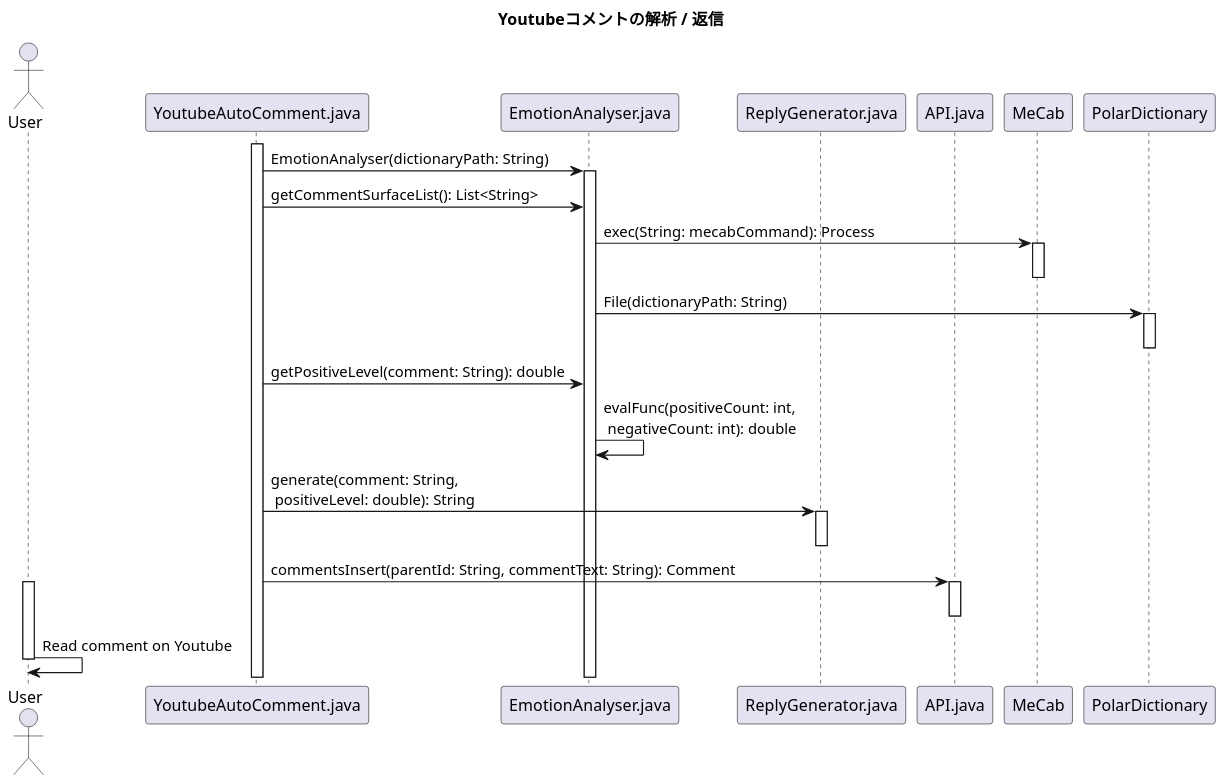
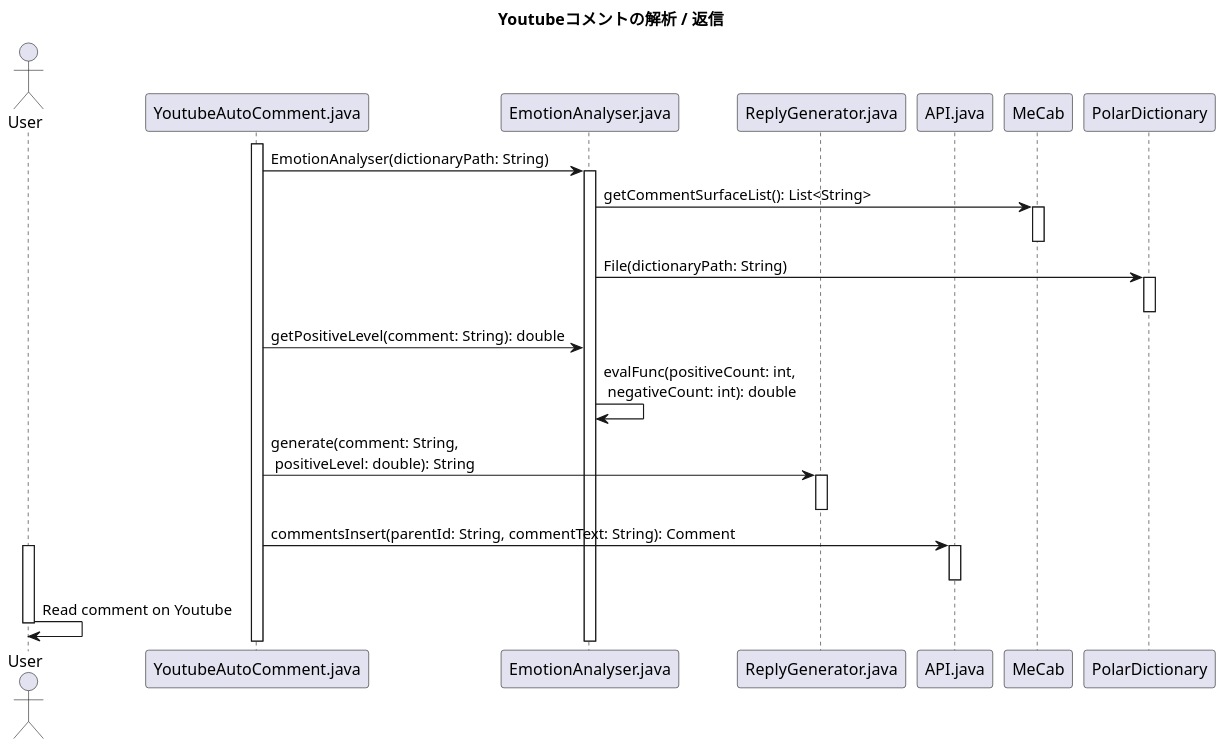
The diagram in uml/YoutubeAutoComment_SequenceDiagram_CommentAnalyser.pu (KataokaNagi/YoutubeAutoComment), drawn with PlantUML before and after one commit. The commit also changed other lines of this file, not shown here.

Commit message:
exec()削除，getCommentSurfaceList()の移動

```diff
--- a/uml/YoutubeAutoComment_SequenceDiagram_CommentAnalyser.pu
+++ b/uml/YoutubeAutoComment_SequenceDiagram_CommentAnalyser.pu
@@ -14,65 +13,65 @@
 @startuml out/SequenceDiagram_CommentAnalyser.png
 scale 1.5
 skinparam DefaultFontName メイリオ
 ' 可視性の変更
 skinparam classAttributeIconSize 0
 
 ''''''''''''''''''''''''''''''''''''''''''''''''''
 
 title
 **Youtubeコメントの解析 / 返信**
 end title
 
 ''''''''''''''''''''''''''''''''''''''''''''''''''''''''''''''''''''''''''''''''
 
 actor User
 participant YoutubeAutoComment.java
 participant EmotionAnalyser.java
 participant ReplyGenerator.java
 participant API.java
 participant MeCab
 participant PolarDictionary
 
 ''''''''''''''''''''''''''''''''''''''''''''''''''''''''''''''''''''''''''''''''
 activate YoutubeAutoComment.java
 YoutubeAutoComment.java -> EmotionAnalyser.java: EmotionAnalyser(dictionaryPath: String)
 activate EmotionAnalyser.java
 
 ''''''''''''''''''''''''''''''''''''''''''''''''''
 
-YoutubeAutoComment.java -> EmotionAnalyser.java: getCommentSurfaceList(): List<String> 
-EmotionAnalyser.java -> MeCab: exec(String: mecabCommand): Process
+EmotionAnalyser.java -> MeCab: getCommentSurfaceList(): List<String> 
+' EmotionAnalyser.java -> MeCab: exec(String: mecabCommand): Process
 activate MeCab
 deactivate MeCab
 
 ''''''''''''''''''''''''''''''''''''''''''''''''''
 
 EmotionAnalyser.java -> PolarDictionary: File(dictionaryPath: String)
 activate PolarDictionary
 deactivate PolarDictionary
 
 ''''''''''''''''''''''''''''''''''''''''''''''''''
 
 YoutubeAutoComment.java -> EmotionAnalyser.java: getPositiveLevel(comment: String): double
 EmotionAnalyser.java -> EmotionAnalyser.java: evalFunc(positiveCount: int,\n negativeCount: int): double
 
 ''''''''''''''''''''''''''''''''''''''''''''''''''
 
 YoutubeAutoComment.java -> ReplyGenerator.java: generate(comment: String,\n positiveLevel: double): String
 activate ReplyGenerator.java
 deactivate ReplyGenerator.java
 
 ''''''''''''''''''''''''''''''''''''''''''''''''''
 
 ' でっちあげコメント
 YoutubeAutoComment.java -> API.java:  commentsInsert(parentId: String, commentText: String): Comment
 activate API.java
 deactivate API.java
 
 ''''''''''''''''''''''''''''''''''''''''''''''''''
 
 activate User
 User -> User: Read comment on Youtube
 deactivate User
 
 @enduml
```
